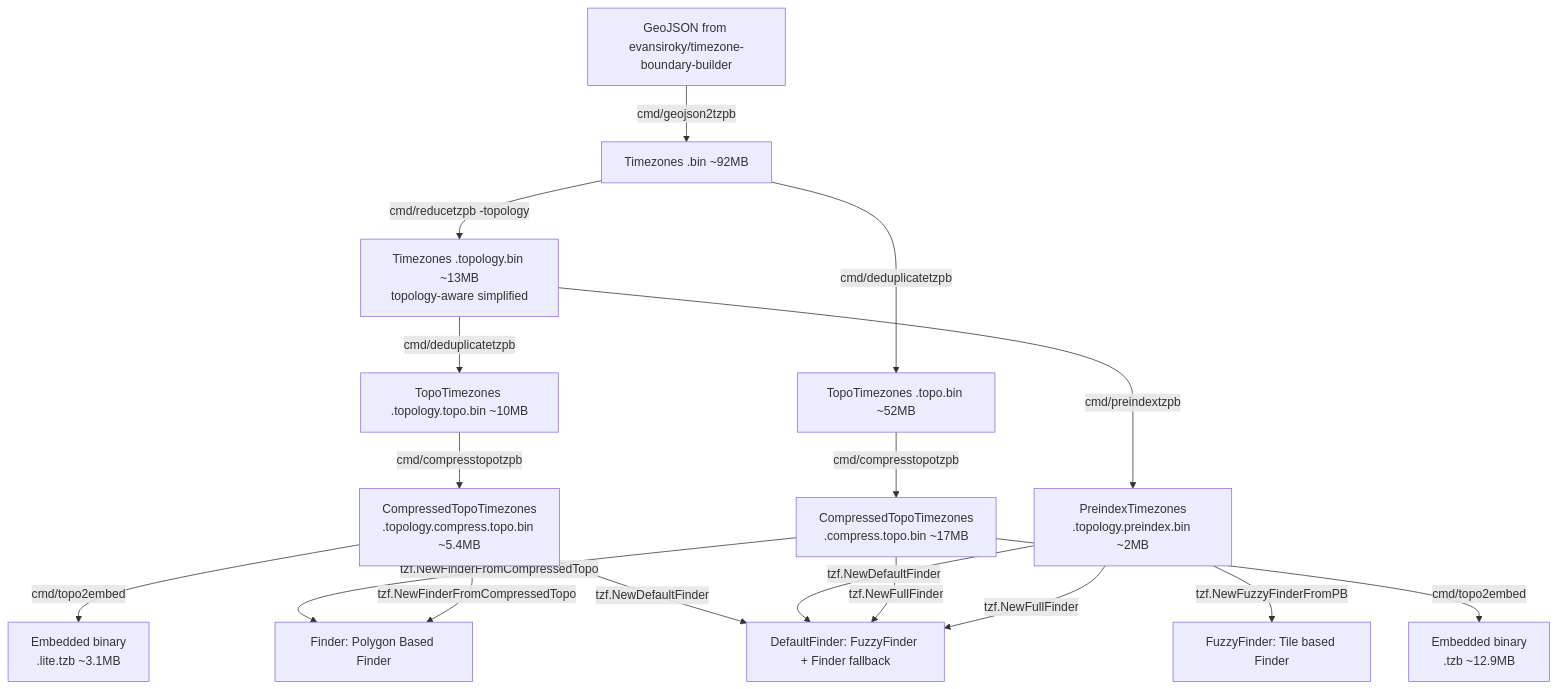
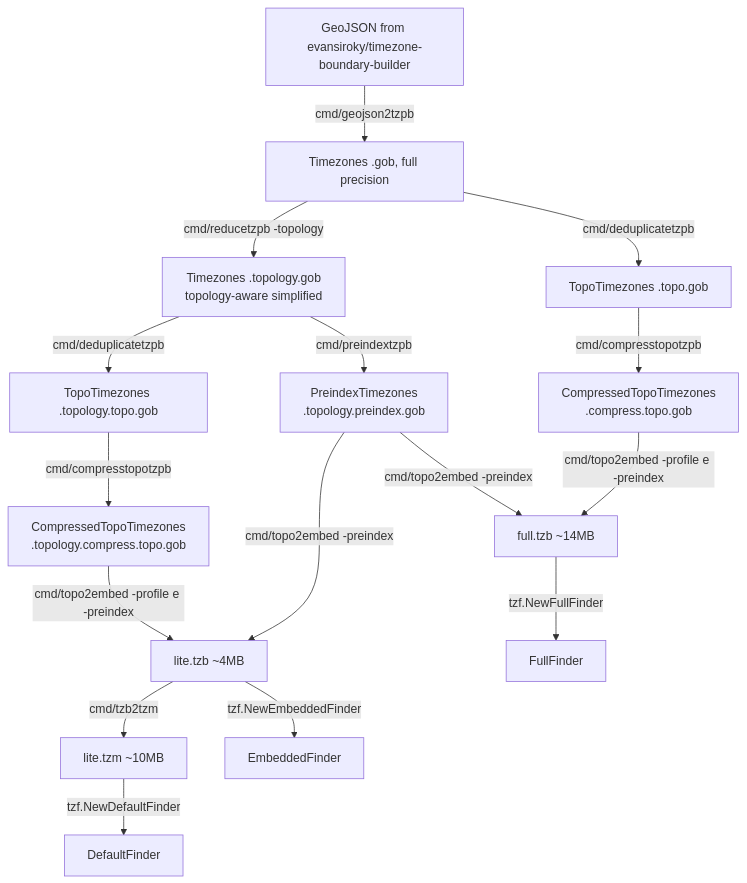
One commit to ringsaturn/tzf changed the diagram in README.md. Above: the diagram before and after it, drawn with Mermaid. The commit also changed other lines of this file and 22 other files, not shown here.

````diff
--- a/README.md
+++ b/README.md
@@ -121,35 +297,32 @@
 ```mermaid
 graph TD
     Raw[GeoJSON from evansiroky/timezone-boundary-builder]
-    Full[Timezones .bin ~92MB]
-    Simplified[Timezones .topology.bin ~13MB<br/>topology-aware simplified]
-    SimplifiedTopo[TopoTimezones .topology.topo.bin ~10MB]
-    FullTopo[TopoTimezones .topo.bin ~52MB]
-    SimplifiedCompressTopo[CompressedTopoTimezones<br/>.topology.compress.topo.bin ~5.4MB]
-    FullCompressTopo[CompressedTopoTimezones<br/>.compress.topo.bin ~17MB]
-    LiteTZB[Embedded binary<br/>.lite.tzb ~3.1MB]
-    FullTZB[Embedded binary<br/>.tzb ~12.9MB]
-    Preindex[PreindexTimezones<br/>.topology.preindex.bin ~2MB]
-
-    Finder[Finder: Polygon Based Finder]
-    FuzzyFinder[FuzzyFinder: Tile based Finder]
-    DefaultFinder[DefaultFinder: FuzzyFinder + Finder fallback]
+    Full[Timezones .gob, full precision]
+    Simplified[Timezones .topology.gob<br/>topology-aware simplified]
+    SimplifiedTopo[TopoTimezones .topology.topo.gob]
+    FullTopo[TopoTimezones .topo.gob]
+    SimplifiedCompressTopo[CompressedTopoTimezones<br/>.topology.compress.topo.gob]
+    FullCompressTopo[CompressedTopoTimezones<br/>.compress.topo.gob]
+    Preindex[PreindexTimezones<br/>.topology.preindex.gob]
+    LiteTZB[lite.tzb ~4MB]
+    LiteTZM[lite.tzm ~10MB]
+    FullTZB[full.tzb ~14MB]
 
     Raw --> |cmd/geojson2tzpb|Full
     Full --> |cmd/reducetzpb -topology|Simplified
     Full --> |cmd/deduplicatetzpb|FullTopo
     FullTopo --> |cmd/compresstopotzpb|FullCompressTopo
     Simplified --> |cmd/deduplicatetzpb|SimplifiedTopo
     SimplifiedTopo --> |cmd/compresstopotzpb|SimplifiedCompressTopo
-    FullCompressTopo --> |cmd/topo2embed|FullTZB
-    SimplifiedCompressTopo --> |cmd/topo2embed|LiteTZB
     Simplified --> |cmd/preindextzpb|Preindex
 
-    FullCompressTopo --> |tzf.NewFinderFromCompressedTopo|Finder
-    SimplifiedCompressTopo --> |tzf.NewFinderFromCompressedTopo|Finder
-    Preindex --> |tzf.NewFuzzyFinderFromPB|FuzzyFinder
-    SimplifiedCompressTopo --> |tzf.NewDefaultFinder|DefaultFinder
-    Preindex --> |tzf.NewDefaultFinder|DefaultFinder
-    FullCompressTopo --> |tzf.NewFullFinder|DefaultFinder
-    Preindex --> |tzf.NewFullFinder|DefaultFinder
+    SimplifiedCompressTopo --> |cmd/topo2embed -profile e -preindex|LiteTZB
+    Preindex --> |cmd/topo2embed -preindex|LiteTZB
+    LiteTZB --> |cmd/tzb2tzm|LiteTZM
+    FullCompressTopo --> |cmd/topo2embed -profile e -preindex|FullTZB
+    Preindex --> |cmd/topo2embed -preindex|FullTZB
+
+    LiteTZM --> |tzf.NewDefaultFinder|D[DefaultFinder]
+    LiteTZB --> |tzf.NewEmbeddedFinder|E[EmbeddedFinder]
+    FullTZB --> |tzf.NewFullFinder|F[FullFinder]
 ```
````
